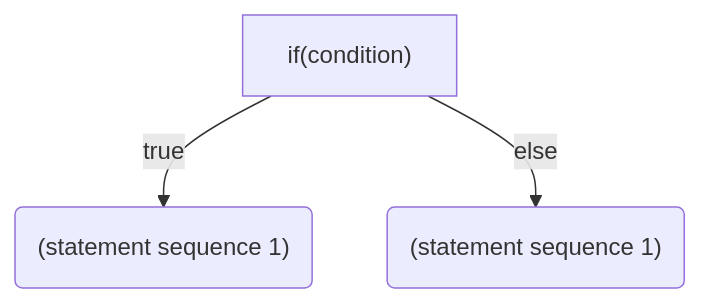
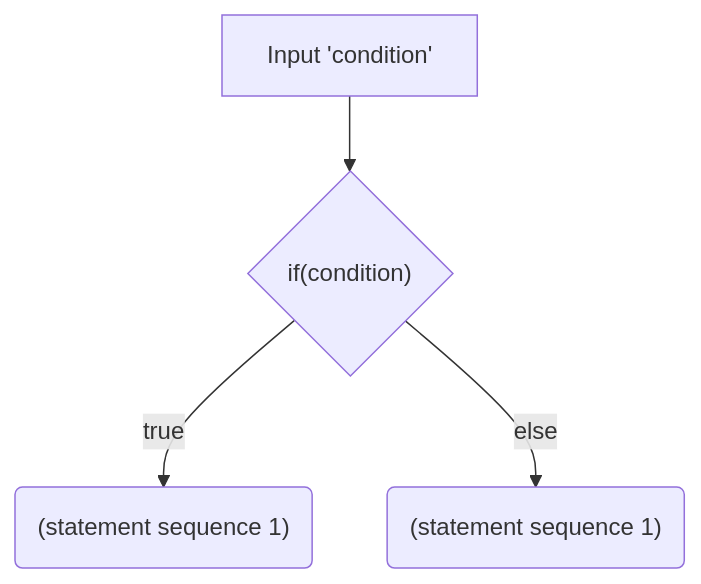
Before and after one commit to amydevs/php-assignments: the first of 5 diagrams in 2binary/README.md, drawn with Mermaid. The commit also changed other lines of this file and 3 other files, not shown here.

Commit message:
updated graphs

````diff
--- a/2binary/README.md
+++ b/2binary/README.md
@@ -7,6 +7,6 @@
 ```mermaid
 graph TD
-    A["if(condition)"] 
+	input["Input 'condition'"] --> A{"if(condition)"} 
     A --> |true| B("(statement sequence 1)")
     A --> |else| C("(statement sequence 1)")
 ```
````
